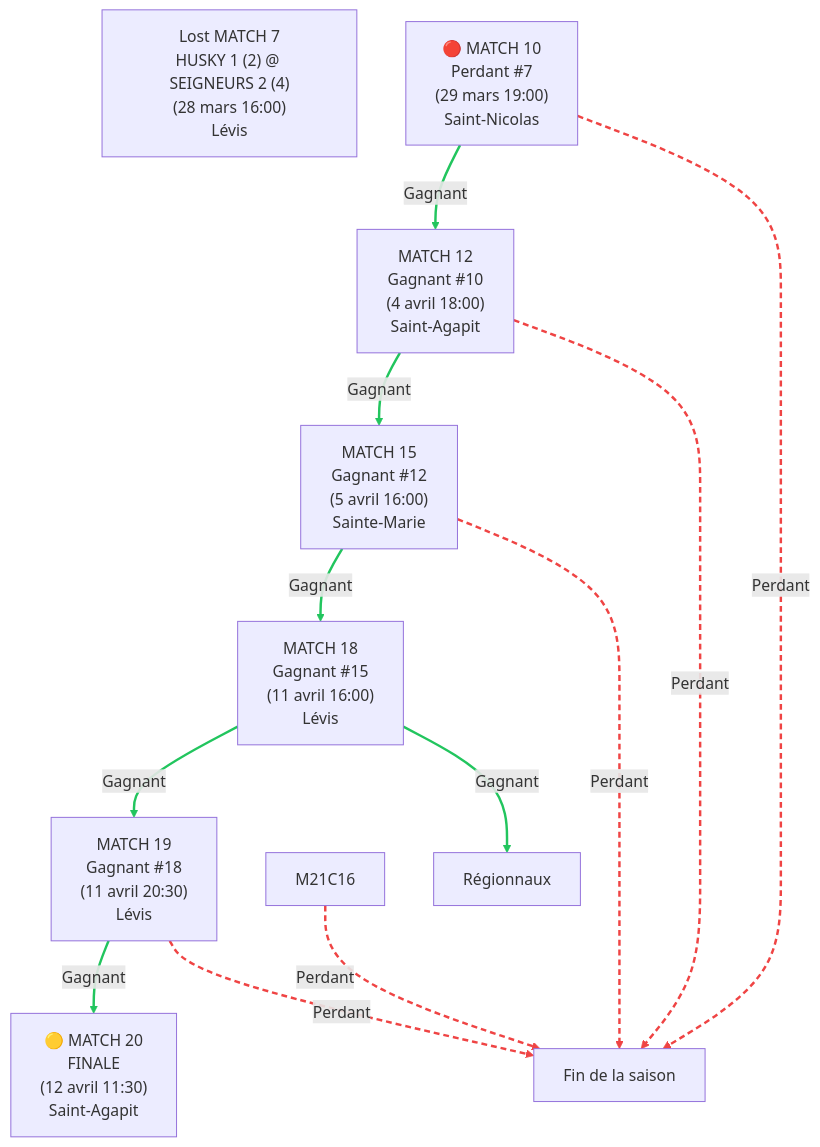
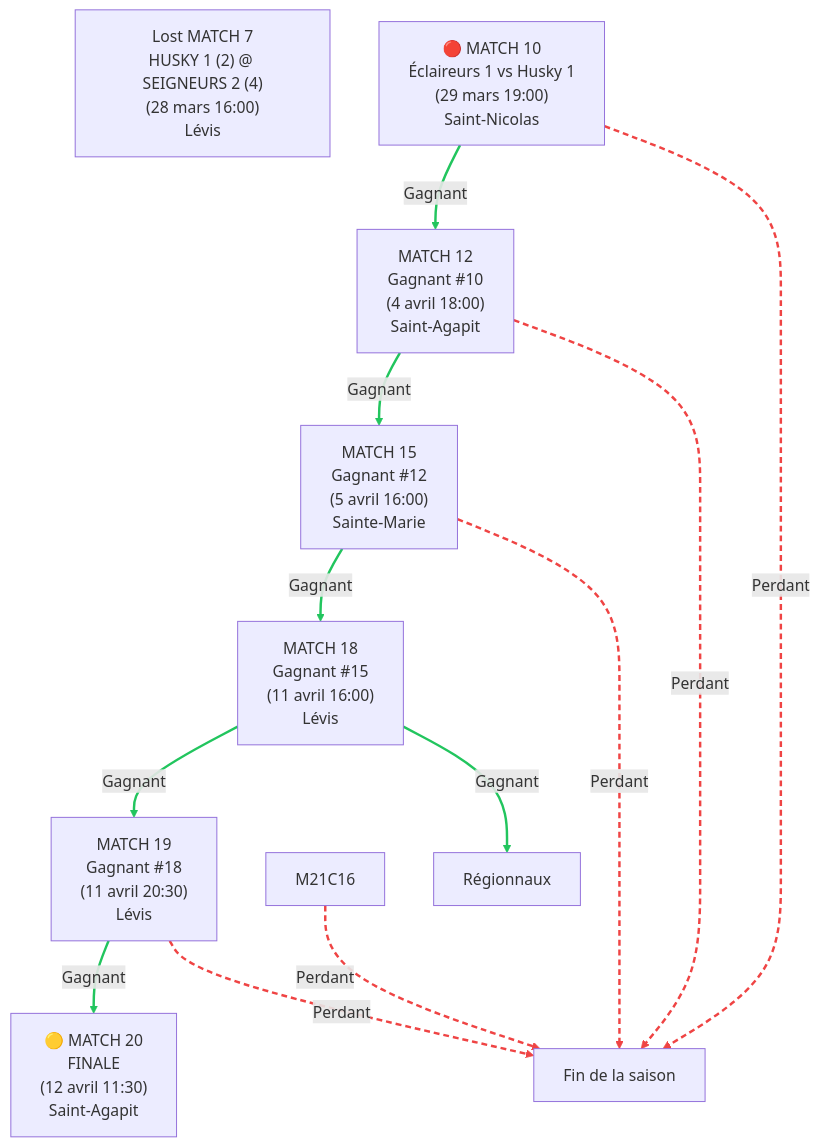
One commit to voltogyre/horaire-serie-2026 changed the diagram in Gabriel.md. Above: the diagram before and after it, drawn with Mermaid.

Commit message:
ajout d'adversaire

````diff
--- a/Gabriel.md
+++ b/Gabriel.md
@@ -7,21 +7,21 @@
 ```mermaid
 graph TD
     M21C07["Lost MATCH 7<br/>HUSKY 1 (2) @ SEIGNEURS 2 (4)<br/>(28 mars 16:00)<br/>Lévis"] 
-    M21C10["🔴 MATCH 10<br/>Perdant #7<br/>(29 mars 19:00)<br/>Saint-Nicolas"]
+    M21C10["🔴 MATCH 10<br/>Éclaireurs 1 vs Husky 1<br/>(29 mars 19:00)<br/>Saint-Nicolas"]
     M21C10 -->|Gagnant| M21C12["MATCH 12<br/>Gagnant #10<br/>(4 avril 18:00)<br/>Saint-Agapit"]
     M21C12 -->|Gagnant| M21C15["MATCH 15<br/>Gagnant #12<br/>(5 avril 16:00)<br/>Sainte-Marie"]
     M21C15 -->|Gagnant| M21C18["MATCH 18<br/>Gagnant #15<br/>(11 avril 16:00)<br/>Lévis"]
     M21C18 -->|Gagnant| M21C19["MATCH 19<br/>Gagnant #18<br/>(11 avril 20:30)<br/>Lévis"]
     M21C19 -->|Gagnant| M21C20["🟡 MATCH 20<br/>FINALE<br/>(12 avril 11:30)<br/>Saint-Agapit"]
     M21C10 -->|Perdant| K["Fin de la saison"]
     M21C12 -->|Perdant| K["Fin de la saison"]
     M21C15 -->|Perdant| K["Fin de la saison"]
     M21C16 -->|Perdant| K["Fin de la saison"]
     M21C19 -->|Perdant| K["Fin de la saison"]
     M21C18 -->|Gagnant| L["Régionnaux"]
 
     linkStyle 0,1,2,3,4,10 stroke:#22c55e,stroke-width:2.5px
     linkStyle 5,6,7,8,9 stroke:#ef4444,stroke-width:2.5px,stroke-dasharray:6 4
     
 
 ```
````
